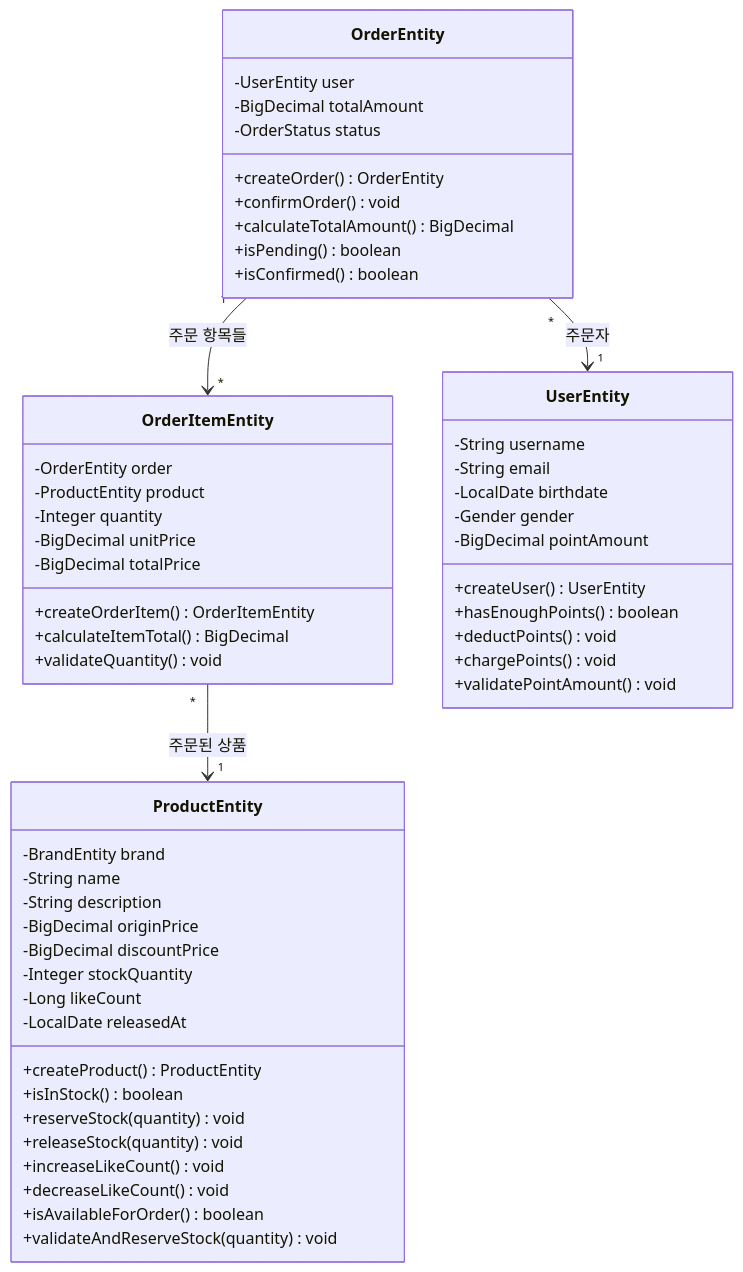
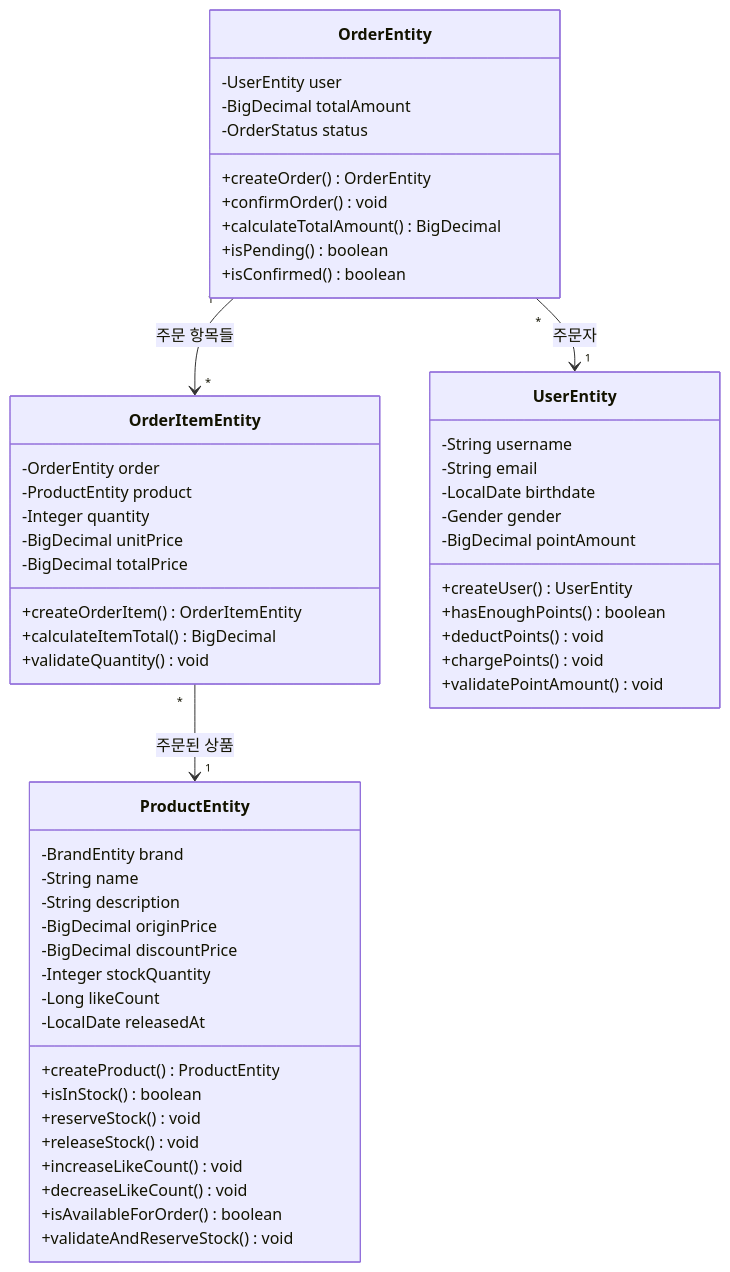
Before and after one commit to hyujikoh/loopers-spring-java-template: the fifth of 5 diagrams in docs/week2/03-class-diagram.md, drawn with Mermaid. The commit also changed other lines of this file and 1 other file, not shown here.

First line of the commit message:
docs(sequence-diagram): 주문 처리 트랜잭션 관련 문서 수정

````diff
--- a/docs/week2/03-class-diagram.md
+++ b/docs/week2/03-class-diagram.md
@@ -253,60 +253,60 @@
 ```mermaid
 classDiagram
     class OrderEntity {
         -UserEntity user
         -BigDecimal totalAmount
         -OrderStatus status
         +createOrder() OrderEntity
         +confirmOrder() void
         +calculateTotalAmount() BigDecimal
         +isPending() boolean
         +isConfirmed() boolean
     }
 
     class OrderItemEntity {
         -OrderEntity order
         -ProductEntity product
         -Integer quantity
         -BigDecimal unitPrice
         -BigDecimal totalPrice
         +createOrderItem() OrderItemEntity
         +calculateItemTotal() BigDecimal
         +validateQuantity() void
     }
 
     class UserEntity {
         -String username
         -String email
         -LocalDate birthdate
         -Gender gender
         -BigDecimal pointAmount
         +createUser() UserEntity
         +hasEnoughPoints() boolean
         +deductPoints() void
         +chargePoints() void
         +validatePointAmount() void
     }
 
     class ProductEntity {
         -BrandEntity brand
         -String name
         -String description
         -BigDecimal originPrice
         -BigDecimal discountPrice
         -Integer stockQuantity
         -Long likeCount
         -LocalDate releasedAt
         +createProduct() ProductEntity
         +isInStock() boolean
-        +reserveStock(quantity) void
-        +releaseStock(quantity) void
+        +reserveStock() void
+        +releaseStock() void
         +increaseLikeCount() void
         +decreaseLikeCount() void
         +isAvailableForOrder() boolean
-        +validateAndReserveStock(quantity) void
+        +validateAndReserveStock() void
     }
 
     OrderEntity "1" --> "*" OrderItemEntity : 주문 항목들
     OrderEntity "*" --> "1" UserEntity : 주문자
     OrderItemEntity "*" --> "1" ProductEntity : 주문된 상품
 ```
````
